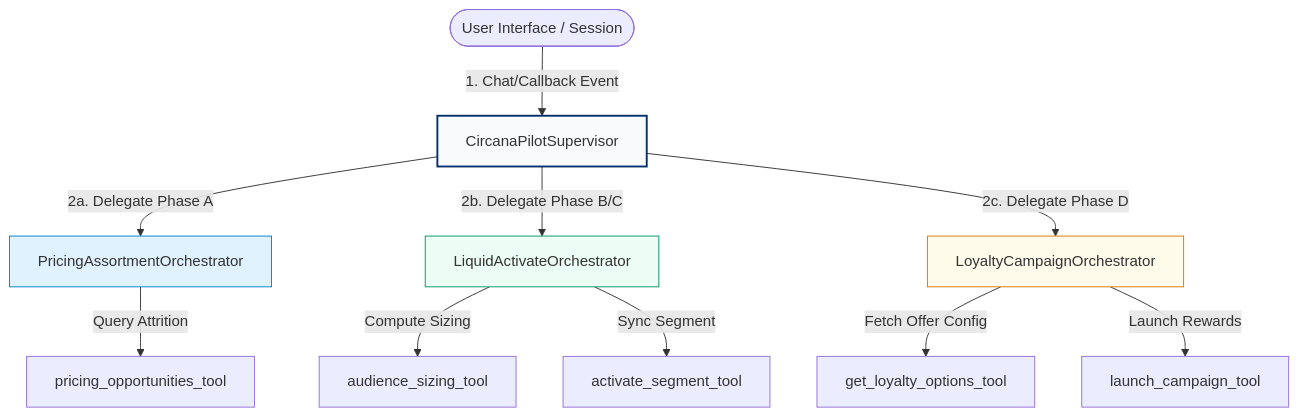
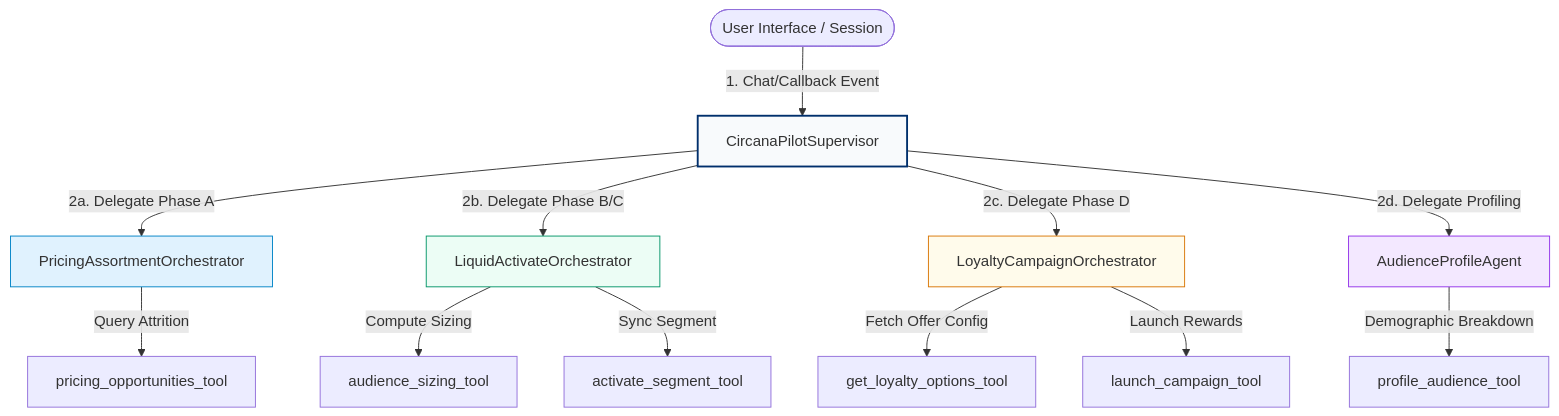
The second of 2 diagrams in README.md (elhadik/a2a_MCP_a2ui_agentengine_demo_session_longTermMemory), drawn with Mermaid before and after one commit. The commit also changed other lines of this file, not shown here.

Commit message:
Update architecture diagram and topology registry table with AudienceProfileAgent hierarchy

````diff
--- a/README.md
+++ b/README.md
@@ -153,19 +153,22 @@
 ```mermaid
 graph TD
     User([User Interface / Session]) -->|1. Chat/Callback Event| Supervisor[CircanaPilotSupervisor]
     
     Supervisor -->|2a. Delegate Phase A| Pricing[PricingAssortmentOrchestrator]
     Supervisor -->|2b. Delegate Phase B/C| Activate[LiquidActivateOrchestrator]
     Supervisor -->|2c. Delegate Phase D| Loyalty[LoyaltyCampaignOrchestrator]
+    Supervisor -->|2d. Delegate Profiling| Profile[AudienceProfileAgent]
     
     Pricing -->|Query Attrition| Tool1[pricing_opportunities_tool]
     Activate -->|Compute Sizing| Tool2[audience_sizing_tool]
     Activate -->|Sync Segment| Tool3[activate_segment_tool]
     Loyalty -->|Fetch Offer Config| Tool4[get_loyalty_options_tool]
     Loyalty -->|Launch Rewards| Tool5[launch_campaign_tool]
+    Profile -->|Demographic Breakdown| Tool6[profile_audience_tool]
     
     style Supervisor fill:#f8fafc,stroke:#002f6c,stroke-width:2px;
     style Pricing fill:#e0f2fe,stroke:#0284c7,stroke-width:1px;
     style Activate fill:#ecfdf5,stroke:#059669,stroke-width:1px;
     style Loyalty fill:#fffbeb,stroke:#d97706,stroke-width:1px;
+    style Profile fill:#f3e8ff,stroke:#9333ea,stroke-width:1px;
 ```
````
